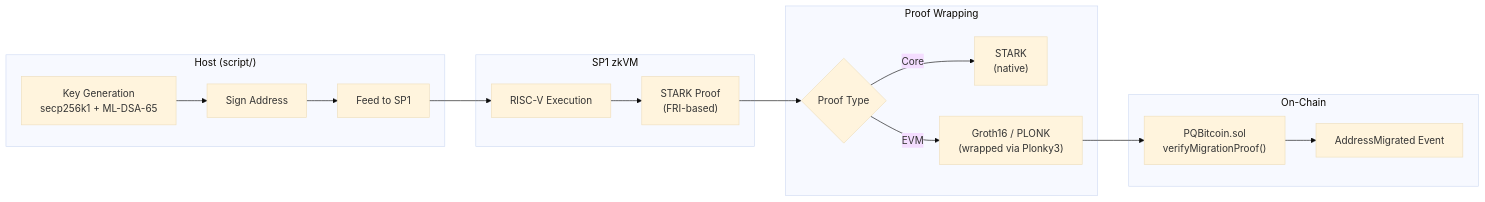
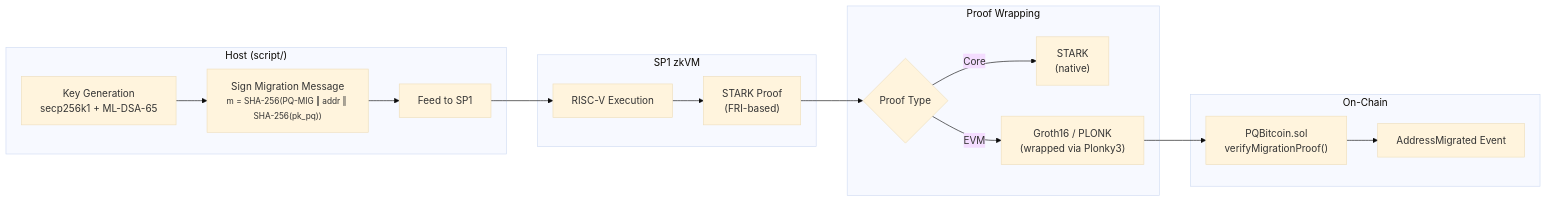
Before and after one commit to skardas/pq_bitcoin: the fourth of 9 diagrams in README.md, drawn with Mermaid (base theme). The commit also changed other lines of this file and 5 other files, not shown here.

````diff
--- a/README.md
+++ b/README.md
@@ -289,23 +291,23 @@
 ```mermaid
 graph LR
     subgraph "Host (script/)"
-        A["Key Generation<br/>secp256k1 + ML-DSA-65"] --> B["Sign Address"]
+        A["Key Generation<br/>secp256k1 + ML-DSA-65"] --> B["Sign Migration Message<br/><small>m = SHA-256(PQ-MIG ‖ addr ‖ SHA-256(pk_pq))</small>"]
         B --> C["Feed to SP1"]
     end
 
     subgraph "SP1 zkVM"
         C --> D["RISC-V Execution"]
         D --> E["STARK Proof<br/>(FRI-based)"]
     end
 
     subgraph "Proof Wrapping"
         E --> F{"Proof Type"}
         F -->|Core| G["STARK<br/>(native)"]
         F -->|EVM| H["Groth16 / PLONK<br/>(wrapped via Plonky3)"]
     end
 
     subgraph "On-Chain"
         H --> I["PQBitcoin.sol<br/>verifyMigrationProof()"]
         I --> J["AddressMigrated Event"]
     end
 ```
````
